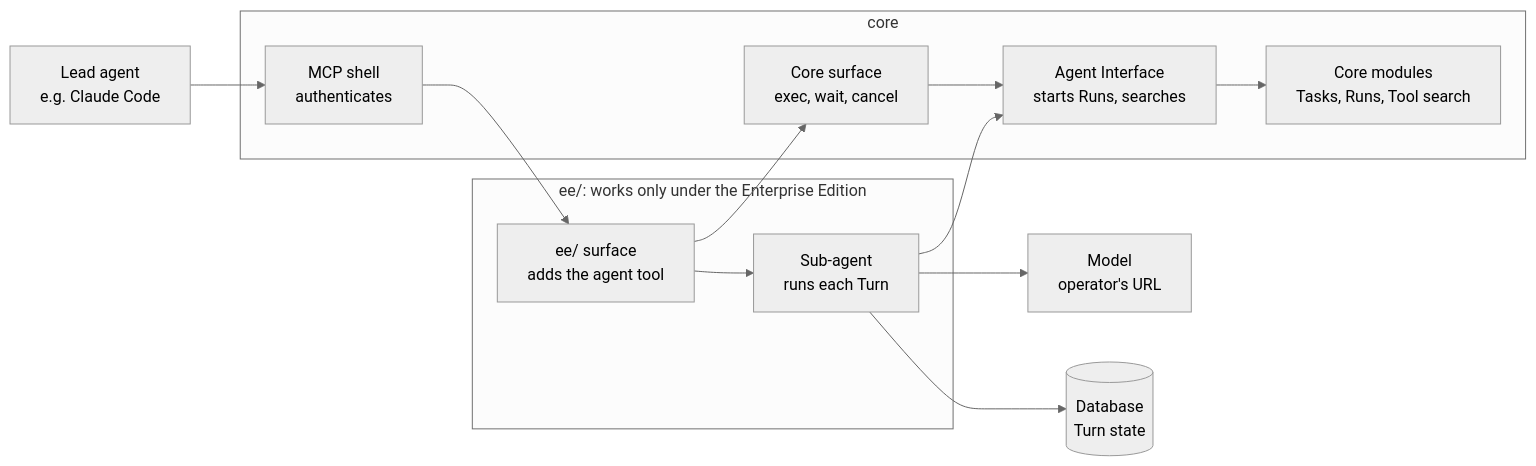
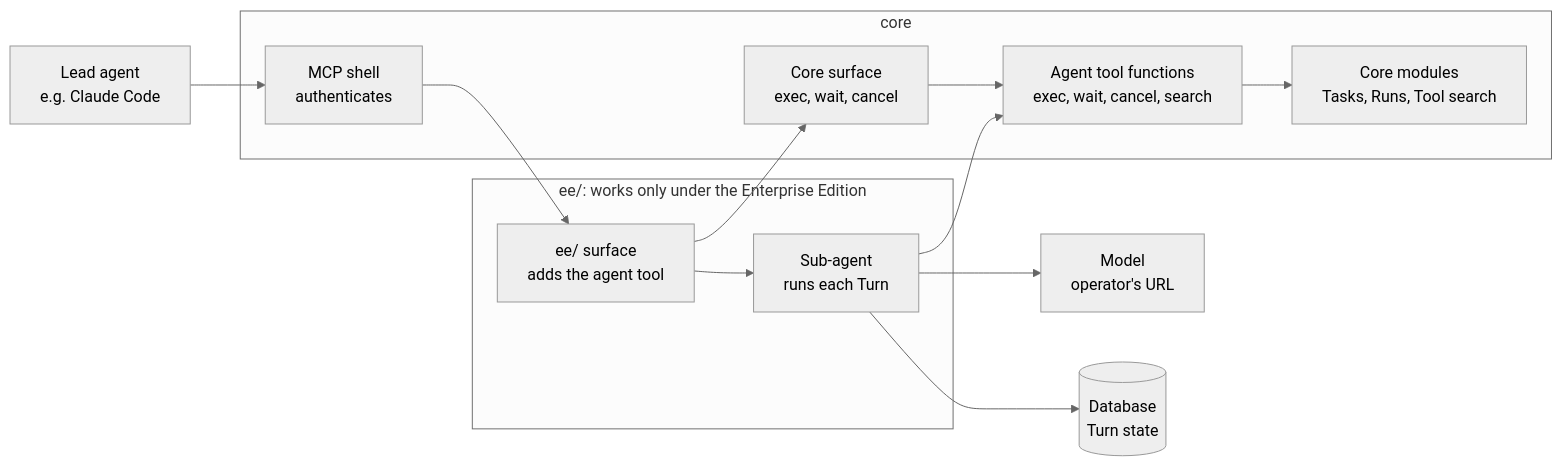
One commit to withcoral/coral changed the first of 5 diagrams in docs/adr/0039-an-enterprise-sub-agent.md. Above: the diagram before and after it, drawn with Mermaid (neutral theme). The commit also changed other lines of this file, not shown here.

First line of the commit message:
docs(sub-agent): name the shared functions after the tools they serve

````diff
--- a/docs/adr/0039-an-enterprise-sub-agent.md
+++ b/docs/adr/0039-an-enterprise-sub-agent.md
@@ -33,24 +33,24 @@
 ```mermaid
 flowchart LR
     lead["Lead agent<br/>e.g. Claude Code"]
     model["Model<br/>operator's URL"]
     db[("Database<br/>Turn state")]
     subgraph ee["ee/: works only under the Enterprise Edition"]
         eesurface["ee/ surface<br/>adds the agent tool"]
         subagent["Sub-agent<br/>runs each Turn"]
     end
     subgraph core["core"]
         shell["MCP shell<br/>authenticates"]
         coresurface["Core surface<br/>exec, wait, cancel"]
-        ai["Agent Interface<br/>starts Runs, searches"]
+        ai["Agent tool functions<br/>exec, wait, cancel, search"]
         modules["Core modules<br/>Tasks, Runs, Tool search"]
     end
     lead --> shell --> eesurface
     eesurface --> subagent
     eesurface --> coresurface
     coresurface --> ai
     subagent --> ai
     subagent --> model
     subagent --> db
     ai --> modules
 ```
````
